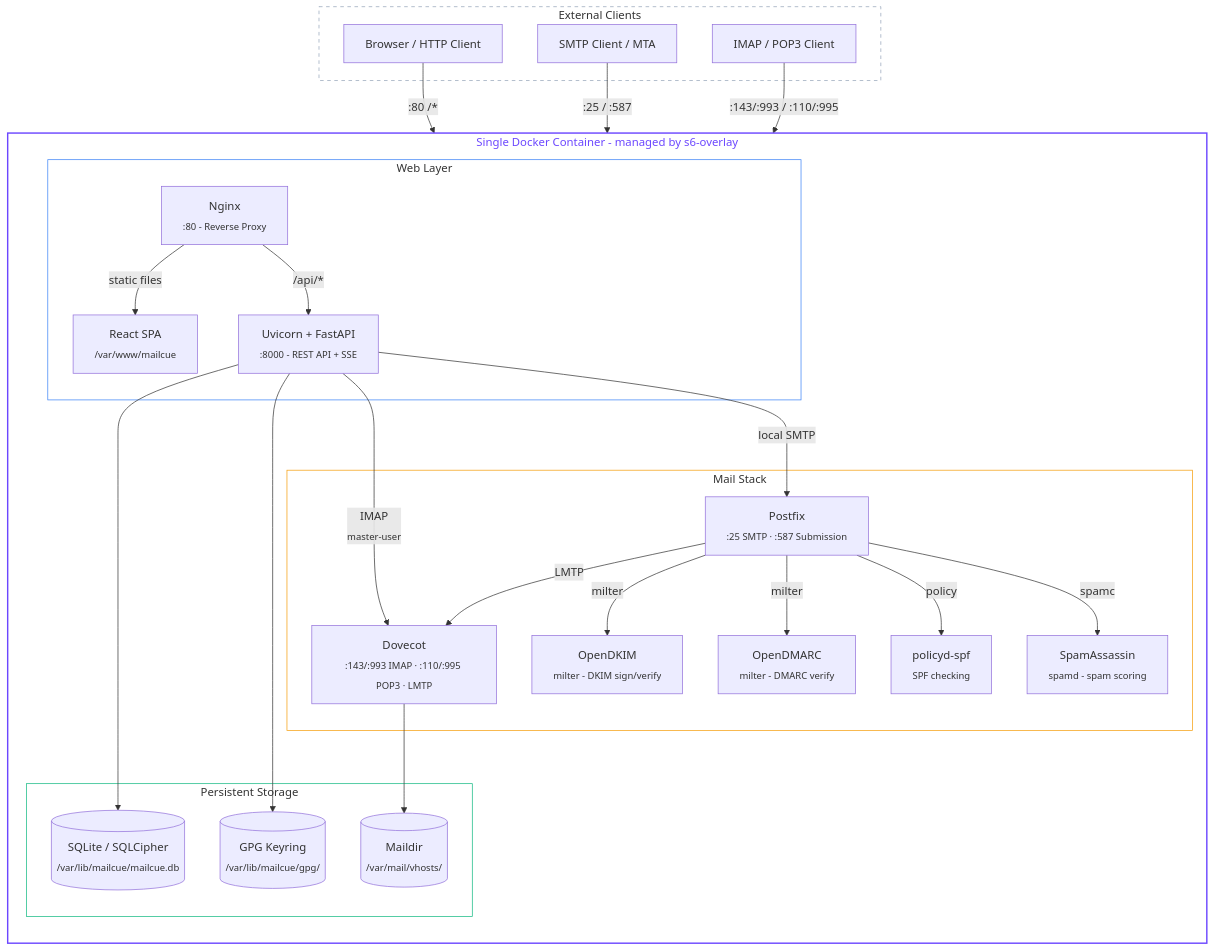
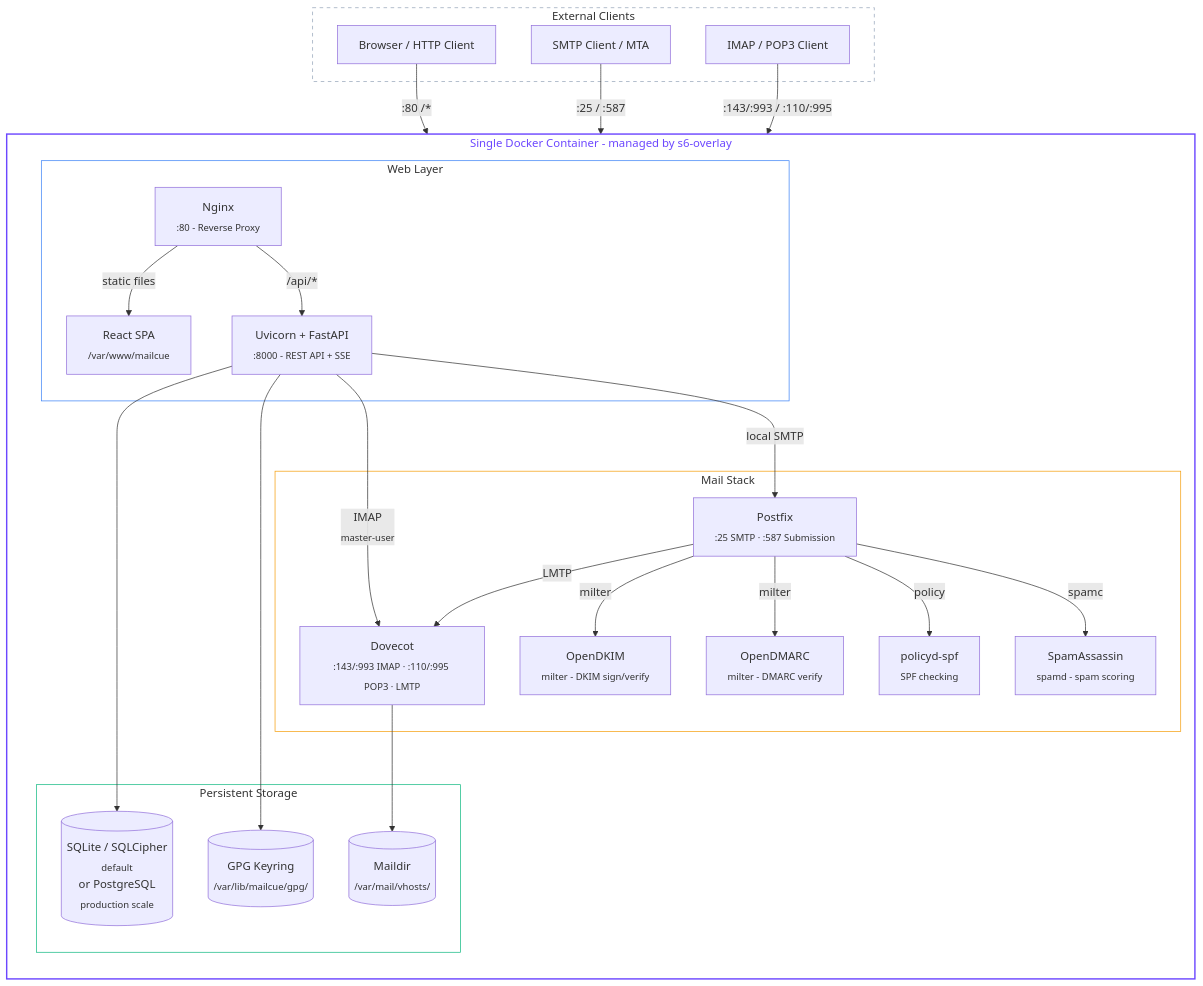
The diagram in docs/guides/architecture.md (Olib-AI/mailcue), drawn with Mermaid before and after one commit. The commit also changed other lines of this file and 109 other files, not shown here.

Commit message:
feat: add PostgreSQL scaling and production hardening

````diff
--- a/docs/guides/architecture.md
+++ b/docs/guides/architecture.md
@@ -7,59 +7,59 @@
 ```mermaid
 graph TB
     subgraph external["External Clients"]
         browser["Browser / HTTP Client"]
         smtp_client["SMTP Client / MTA"]
         imap_client["IMAP / POP3 Client"]
     end
 
     subgraph container["Single Docker Container - managed by s6-overlay"]
         direction TB
 
         subgraph web["Web Layer"]
             nginx["Nginx<br/><sub>:80 - Reverse Proxy</sub>"]
             spa["React SPA<br/><sub>/var/www/mailcue</sub>"]
             uvicorn["Uvicorn + FastAPI<br/><sub>:8000 - REST API + SSE</sub>"]
         end
 
         subgraph mail["Mail Stack"]
             postfix["Postfix<br/><sub>:25 SMTP · :587 Submission</sub>"]
             dovecot["Dovecot<br/><sub>:143/:993 IMAP · :110/:995 POP3 · LMTP</sub>"]
             opendkim["OpenDKIM<br/><sub>milter - DKIM sign/verify</sub>"]
             opendmarc["OpenDMARC<br/><sub>milter - DMARC verify</sub>"]
             spamassassin["SpamAssassin<br/><sub>spamd - spam scoring</sub>"]
             spf["policyd-spf<br/><sub>SPF checking</sub>"]
         end
 
         subgraph storage["Persistent Storage"]
-            sqlite[("SQLite / SQLCipher<br/><sub>/var/lib/mailcue/mailcue.db</sub>")]
+            database[("SQLite / SQLCipher<br/><sub>default</sub><br/>or PostgreSQL<br/><sub>production scale</sub>")]
             maildir[("Maildir<br/><sub>/var/mail/vhosts/</sub>")]
             gpg[("GPG Keyring<br/><sub>/var/lib/mailcue/gpg/</sub>")]
         end
     end
 
     browser -- ":80 /*" --> nginx
     smtp_client -- ":25 / :587" --> postfix
     imap_client -- ":143/:993 / :110/:995" --> dovecot
 
     nginx -- "static files" --> spa
     nginx -- "/api/*" --> uvicorn
 
     uvicorn -- "IMAP<br/><sub>master-user</sub>" --> dovecot
     uvicorn -- "local SMTP" --> postfix
-    uvicorn --> sqlite
+    uvicorn --> database
     uvicorn --> gpg
 
     postfix -- "LMTP" --> dovecot
     postfix -- "milter" --> opendkim
     postfix -- "milter" --> opendmarc
     postfix -- "policy" --> spf
     postfix -- "spamc" --> spamassassin
 
     dovecot --> maildir
 
     style container fill:none,stroke:#6c47ff,stroke-width:2px,color:#6c47ff
     style web fill:none,stroke:#3b82f6,stroke-width:1px
     style mail fill:none,stroke:#f59e0b,stroke-width:1px
     style storage fill:none,stroke:#10b981,stroke-width:1px
     style external fill:none,stroke:#94a3b8,stroke-width:1px,stroke-dasharray:5 5
 ```
````
